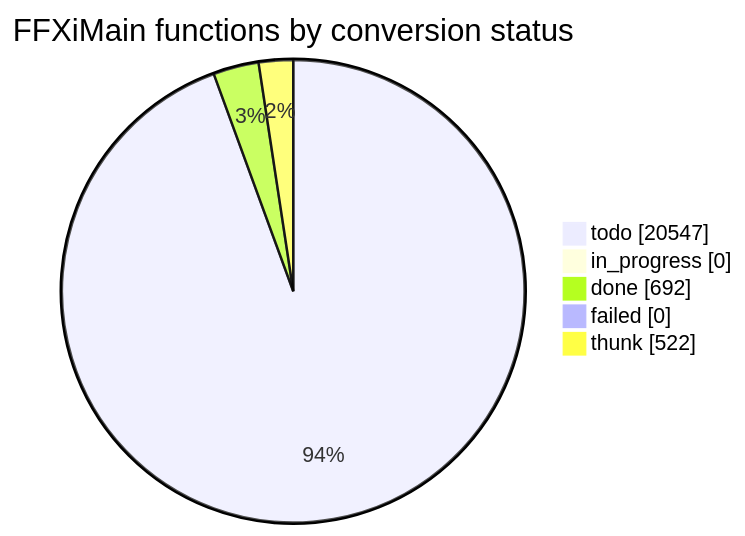
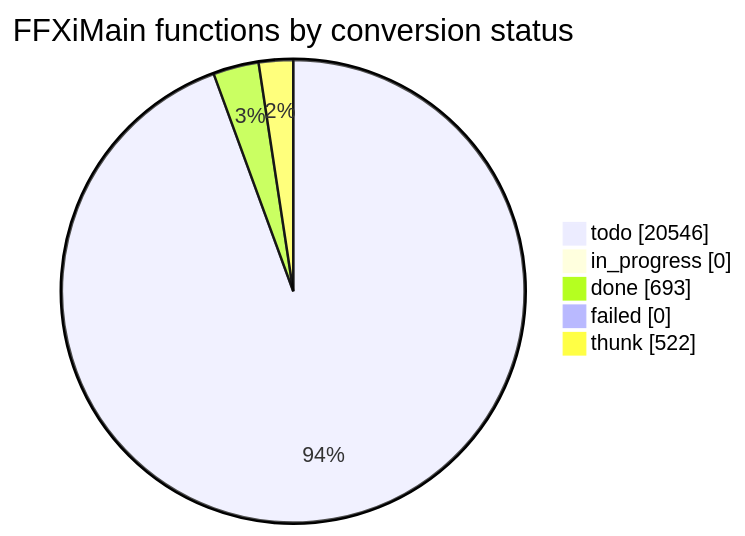
One commit to cowrevenge/cow_kuluu_xi_anything changed the diagram in docs/cow/STATUS.md. Above: the diagram before and after it, drawn with Mermaid. The commit also changed other lines of this file and 9 other files, not shown here.

````diff
--- a/docs/cow/STATUS.md
+++ b/docs/cow/STATUS.md
@@ -18,9 +18,9 @@
 ```mermaid
 pie showData
     title FFXiMain functions by conversion status
-    "todo" : 20547
+    "todo" : 20546
     "in_progress" : 0
-    "done" : 692
+    "done" : 693
     "failed" : 0
     "thunk" : 522
 ```
````
